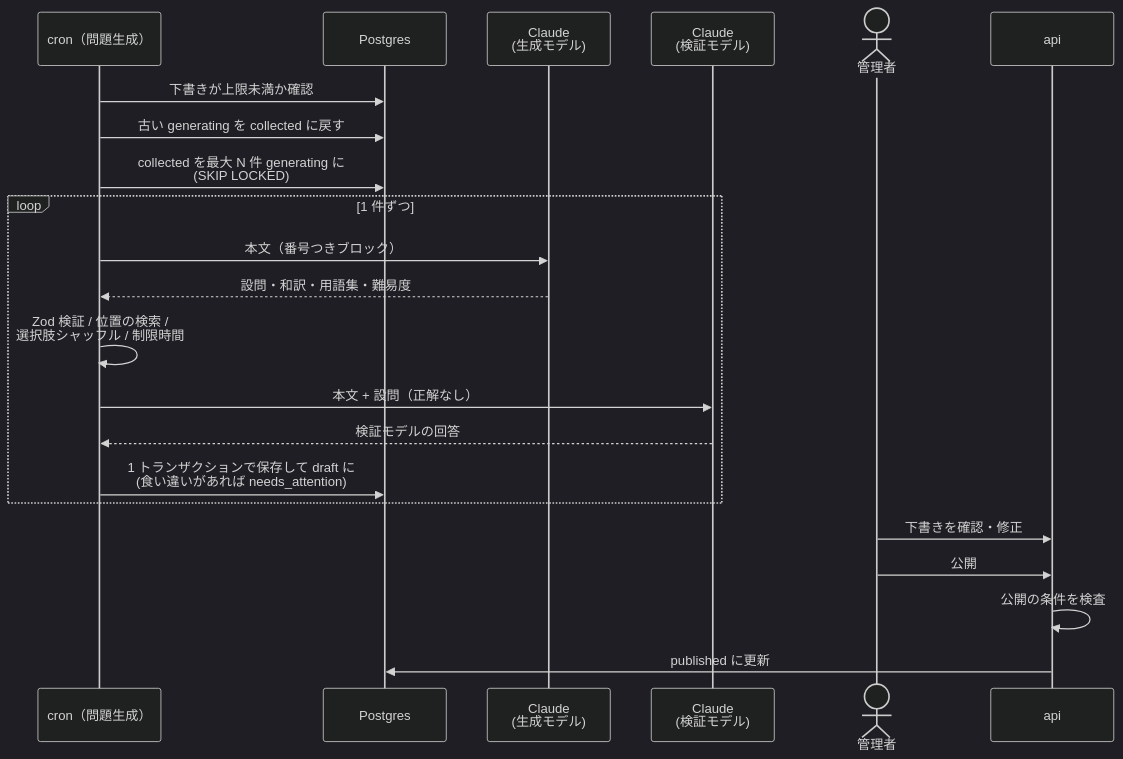
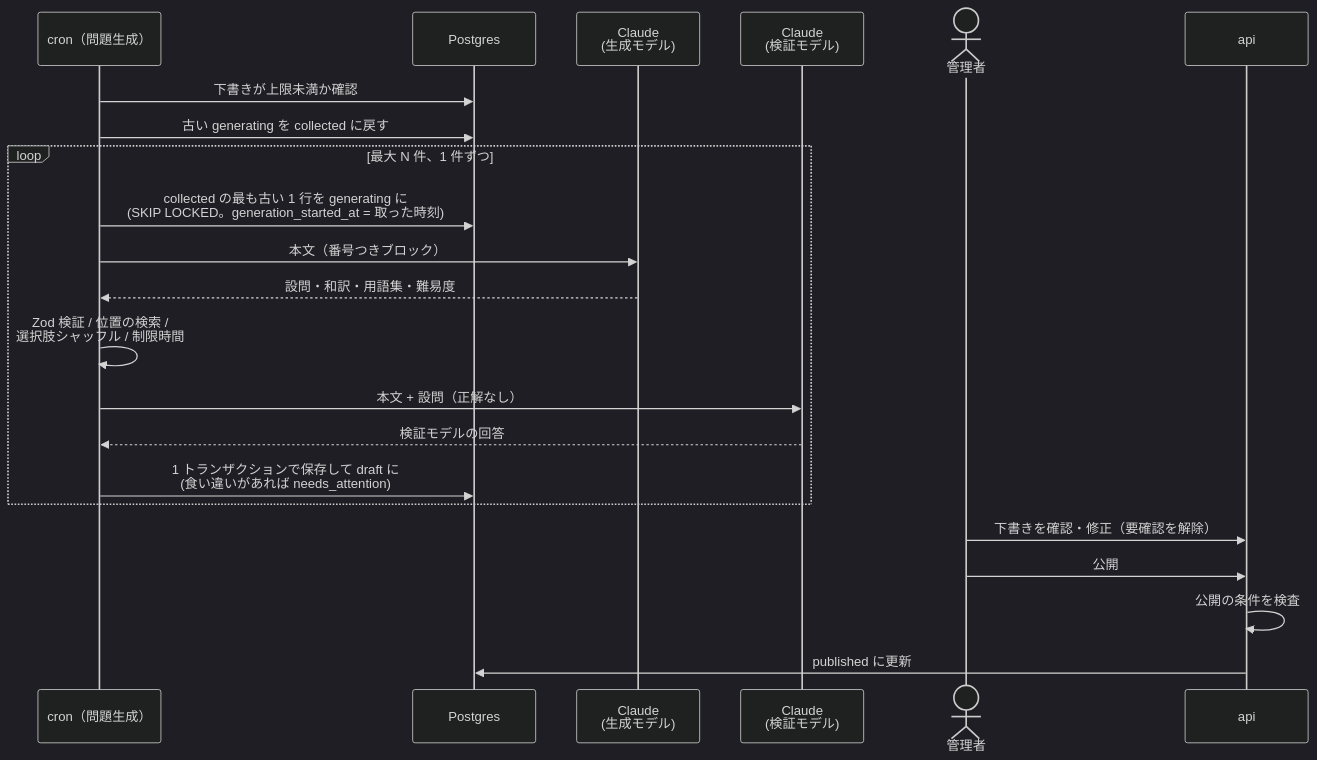
One commit to kentakki416/tech-english changed the third of 3 diagrams in docs/spec/question-generation/README.md. Above: the diagram before and after it, drawn with Mermaid (dark theme). The commit also changed other lines of this file and 35 other files, not shown here.

````diff
--- a/docs/spec/question-generation/README.md
+++ b/docs/spec/question-generation/README.md
@@ -569,25 +588,25 @@
 ```mermaid
 sequenceDiagram
     participant Cron as cron（問題生成）
     participant DB as Postgres
     participant Gen as Claude<br/>(生成モデル)
     participant Ver as Claude<br/>(検証モデル)
     actor Admin as 管理者
     participant API as api
 
     Cron->>DB: 下書きが上限未満か確認
     Cron->>DB: 古い generating を collected に戻す
-    Cron->>DB: collected を最大 N 件 generating に<br/>(SKIP LOCKED)
-    loop 1 件ずつ
+    loop 最大 N 件、1 件ずつ
+        Cron->>DB: collected の最も古い 1 行を generating に<br/>(SKIP LOCKED。generation_started_at = 取った時刻)
         Cron->>Gen: 本文（番号つきブロック）
         Gen-->>Cron: 設問・和訳・用語集・難易度
         Cron->>Cron: Zod 検証 / 位置の検索 /<br/>選択肢シャッフル / 制限時間
         Cron->>Ver: 本文 + 設問（正解なし）
         Ver-->>Cron: 検証モデルの回答
         Cron->>DB: 1 トランザクションで保存して draft に<br/>(食い違いがあれば needs_attention)
     end
-    Admin->>API: 下書きを確認・修正
+    Admin->>API: 下書きを確認・修正（要確認を解除）
     Admin->>API: 公開
     API->>API: 公開の条件を検査
     API->>DB: published に更新
 ```
````
